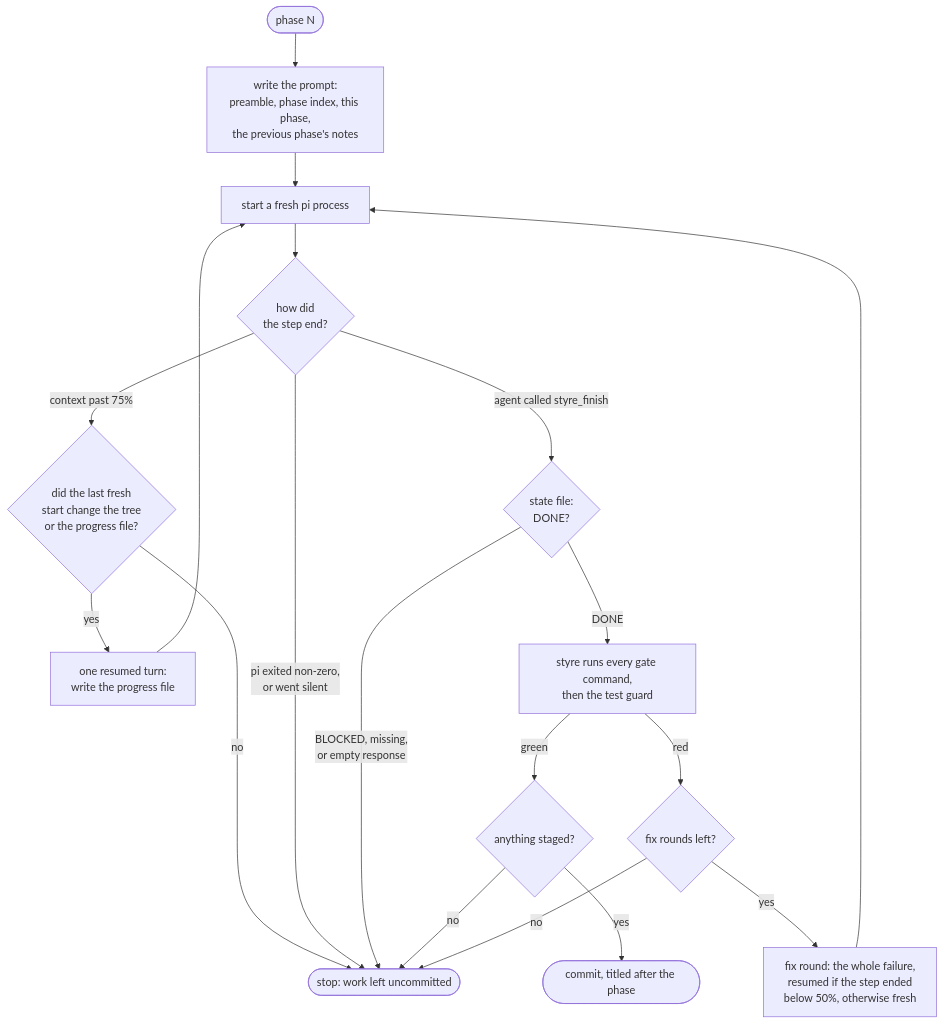
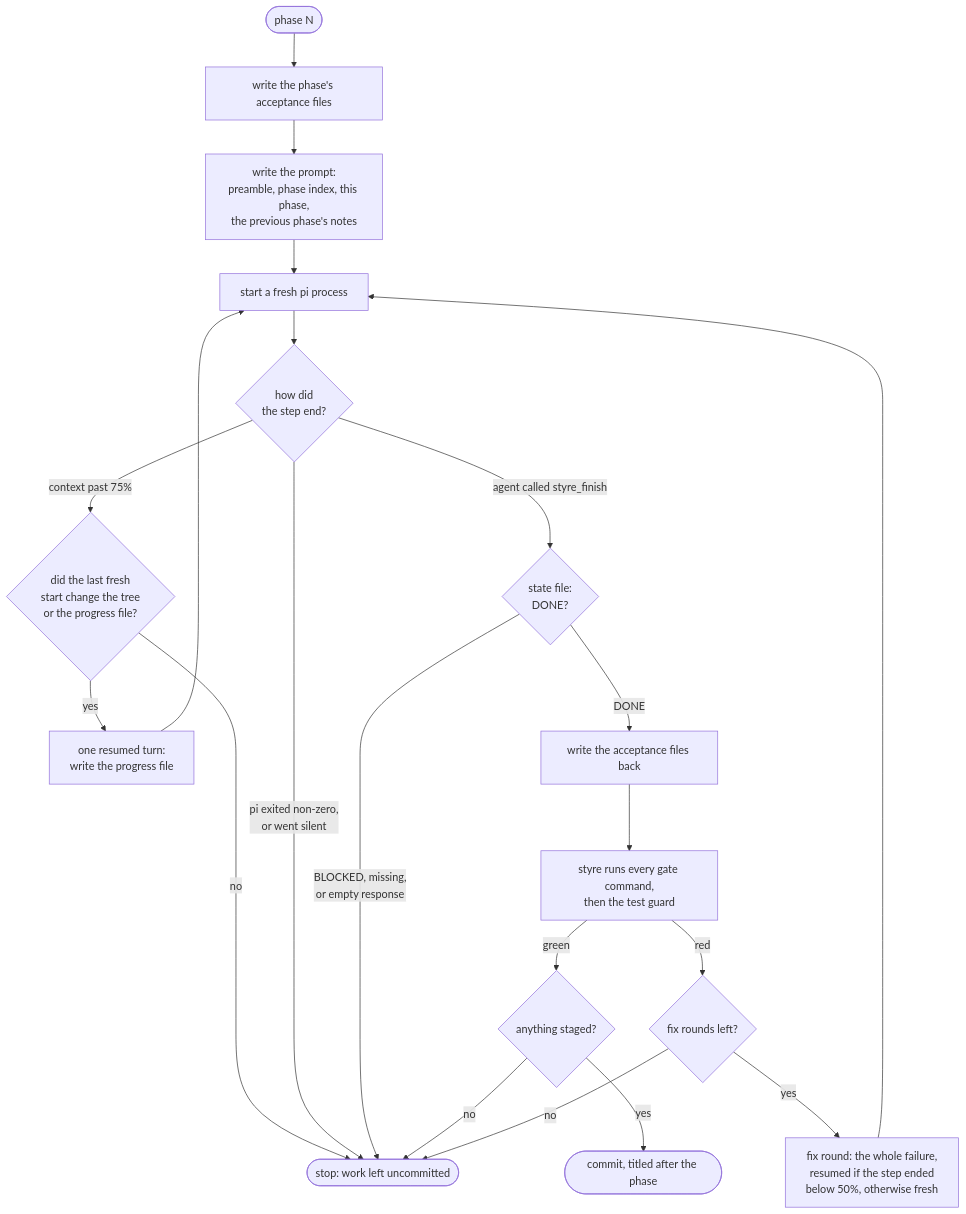
The second of 4 diagrams in docs/architecture.md (woutersm/styre), drawn with Mermaid before and after one commit. The commit also changed other lines of this file and 4 other files, not shown here.

````diff
--- a/docs/architecture.md
+++ b/docs/architecture.md
@@ -66,21 +67,23 @@
 ```mermaid
 flowchart TD
-    start([phase N]) --> prompt["write the prompt:<br/>preamble, phase index, this phase,<br/>the previous phase's notes"]
+    start([phase N]) --> accept0["write the phase's acceptance files"]
+    accept0 --> prompt["write the prompt:<br/>preamble, phase index, this phase,<br/>the previous phase's notes"]
     prompt --> step["start a fresh pi process"]
     step --> ended{"how did<br/>the step end?"}
     ended -- "context past 75%" --> relays{"did the last fresh<br/>start change the tree<br/>or the progress file?"}
     relays -- yes --> handoff["one resumed turn:<br/>write the progress file"]
     handoff --> step
     relays -- no --> stop
     ended -- "pi exited non-zero,<br/>or went silent" --> stop
     ended -- "agent called styre_finish" --> state{"state file:<br/>DONE?"}
     state -- "BLOCKED, missing,<br/>or empty response" --> stop
-    state -- DONE --> gate["styre runs every gate command,<br/>then the test guard"]
+    state -- DONE --> accept["write the acceptance files back"]
+    accept --> gate["styre runs every gate command,<br/>then the test guard"]
     gate -- green --> diff{"anything staged?"}
     diff -- yes --> commit(["commit, titled after the phase"])
     diff -- no --> stop
     gate -- red --> retries{"fix rounds left?"}
     retries -- yes --> fix["fix round: the whole failure,<br/>resumed if the step ended<br/>below 50%, otherwise fresh"]
     fix --> step
     retries -- no --> stop(["stop: work left uncommitted"])
 ```
````
